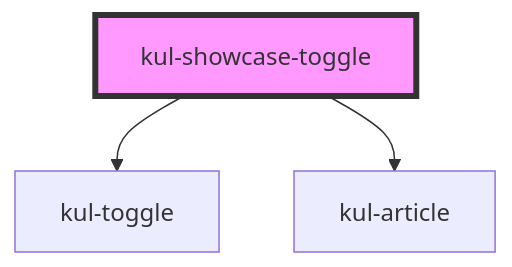
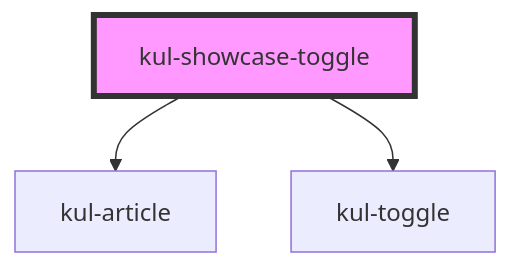
Before and after one commit to lucafoscili/ketchup-lite: the diagram in packages/ketchup-lite/src/components/kul-showcase/components/toggle/readme.md, drawn with Mermaid. The commit also changed other lines of this file and 46 other files, not shown here.

````diff
--- a/packages/ketchup-lite/src/components/kul-showcase/components/toggle/readme.md
+++ b/packages/ketchup-lite/src/components/kul-showcase/components/toggle/readme.md
@@ -27,6 +24,6 @@
 ```mermaid
 graph TD;
+  kul-showcase-toggle --> kul-article
   kul-showcase-toggle --> kul-toggle
-  kul-showcase-toggle --> kul-article
   style kul-showcase-toggle fill:#f9f,stroke:#333,stroke-width:4px
 ```
````
